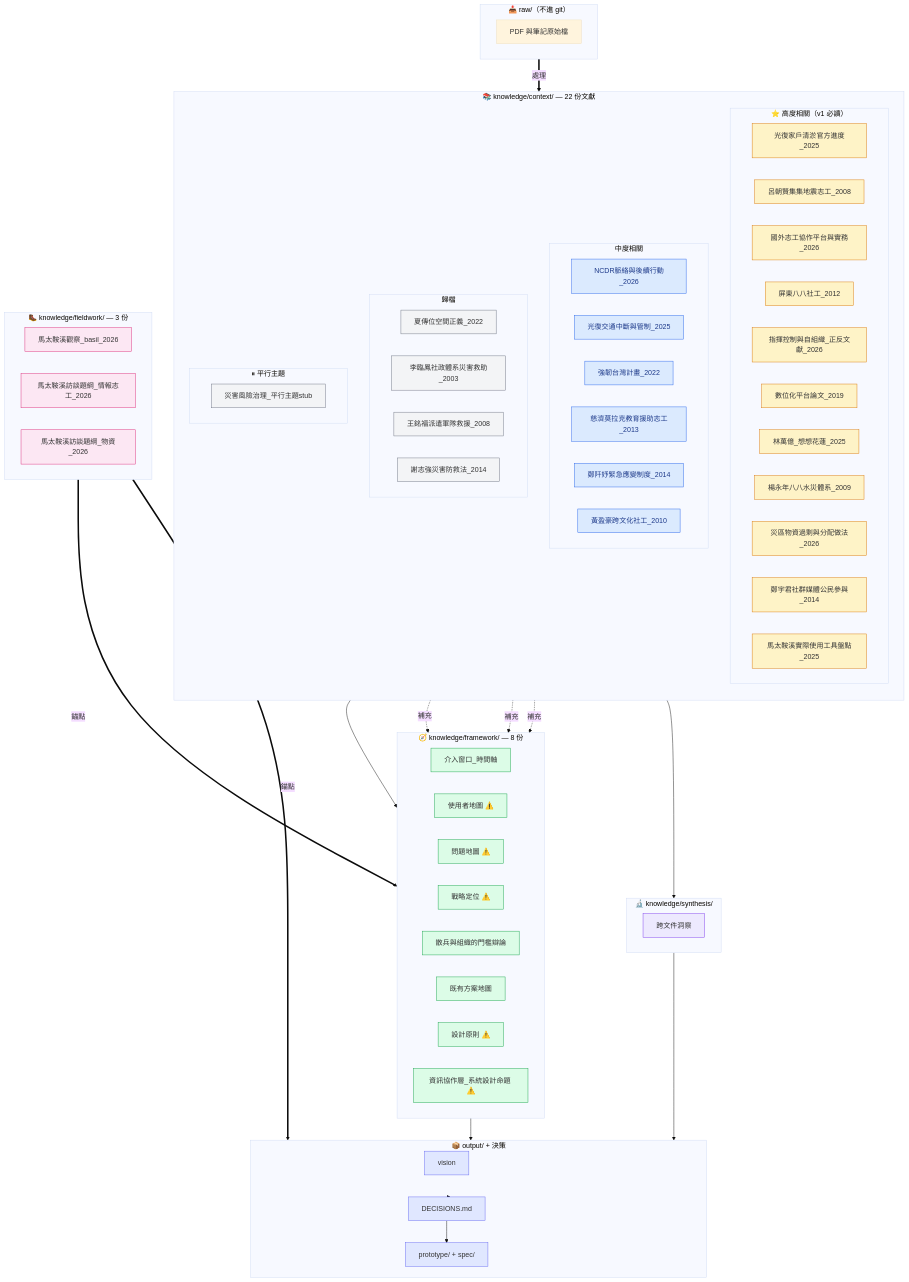
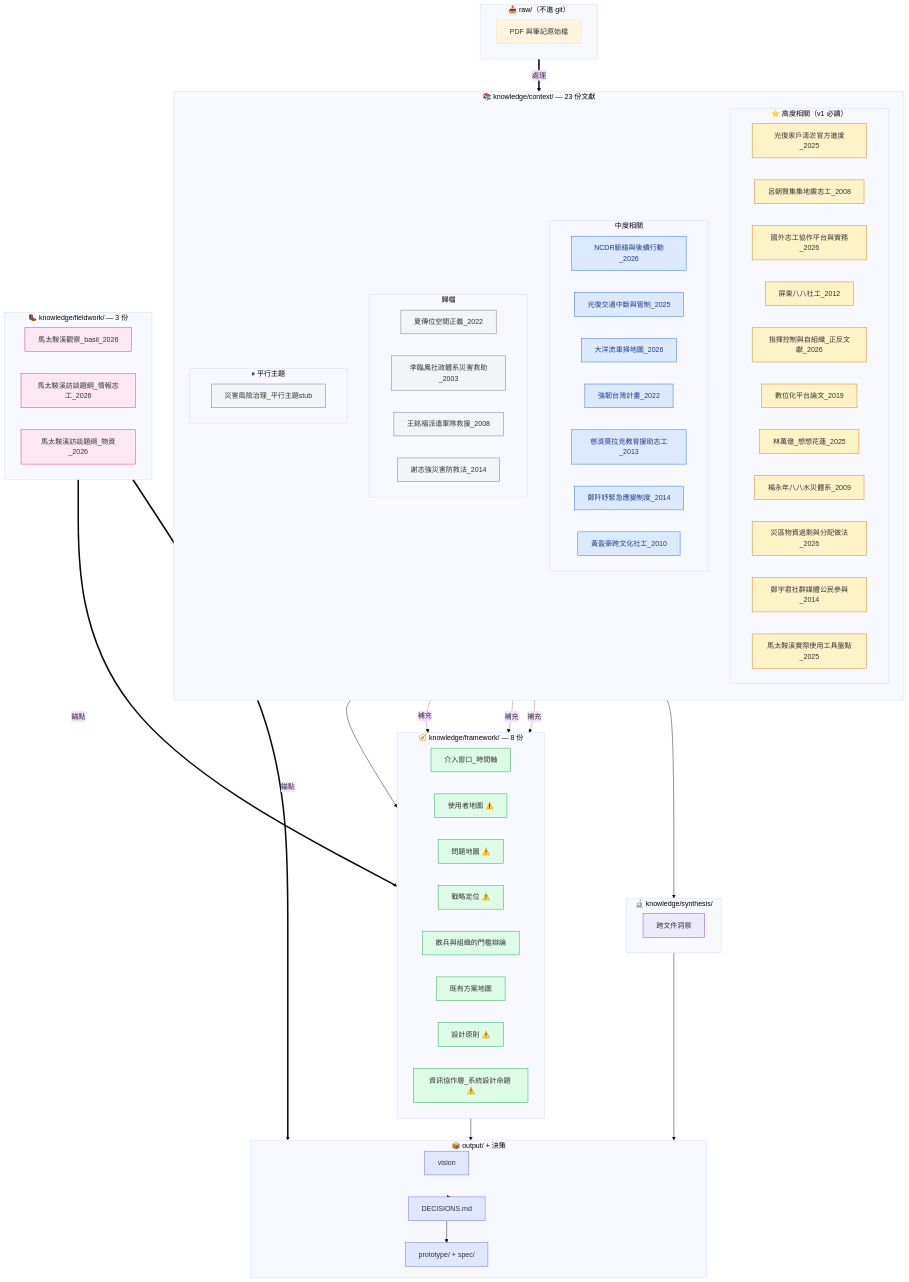
The third of 8 diagrams in ARCHITECTURE.md (BasilHsieh/resq-hub), drawn with Mermaid (base theme) before and after one commit. The commit also changed 7 other files, not shown here.

First line of the commit message:
知識庫｜大洋流車掃地圖拆解；光復 OSM 底圖的門牌與建物數字

````diff
--- a/ARCHITECTURE.md
+++ b/ARCHITECTURE.md
@@ -127,63 +127,64 @@
         RP["PDF 與筆記原始檔"]
     end
 
-    subgraph CTX["📚 knowledge/context/ — 22 份文獻"]
+    subgraph CTX["📚 knowledge/context/ — 23 份文獻"]
         direction TB
         subgraph HIGH["⭐ 高度相關（v1 必讀）"]
             N3["光復家戶清淤官方進度_2025"]
             N4["呂朝賢集集地震志工_2008"]
             N5["國外志工協作平台與實務_2026"]
-            N7["屏東八八社工_2012"]
-            N10["指揮控制與自組織_正反文獻_2026"]
-            N11["數位化平台論文_2019"]
-            N13["林萬億_想想花蓮_2025"]
-            N14["楊永年八八水災體系_2009"]
-            N15["災區物資過剩與分配做法_2026"]
-            N19["鄭宇君社群媒體公民參與_2014"]
-            N21["馬太鞍溪實際使用工具盤點_2025"]
+            N8["屏東八八社工_2012"]
+            N11["指揮控制與自組織_正反文獻_2026"]
+            N12["數位化平台論文_2019"]
+            N14["林萬億_想想花蓮_2025"]
+            N15["楊永年八八水災體系_2009"]
+            N16["災區物資過剩與分配做法_2026"]
+            N20["鄭宇君社群媒體公民參與_2014"]
+            N22["馬太鞍溪實際使用工具盤點_2025"]
         end
         subgraph MID["中度相關"]
             N1["NCDR脈絡與後續行動_2026"]
             N2["光復交通中斷與管制_2025"]
-            N8["強韌台灣計畫_2022"]
-            N9["慈濟莫拉克教育援助志工_2013"]
-            N20["鄭阡妤緊急應變制度_2014"]
-            N22["黃盈豪跨文化社工_2010"]
+            N7["大洋流車掃地圖_2026"]
+            N9["強韌台灣計畫_2022"]
+            N10["慈濟莫拉克教育援助志工_2013"]
+            N21["鄭阡妤緊急應變制度_2014"]
+            N23["黃盈豪跨文化社工_2010"]
         end
         subgraph LOW["歸檔"]
             N6["夏傳位空間正義_2022"]
-            N12["李臨鳳社政體系災害救助_2003"]
-            N17["王銘福派遣軍隊救援_2008"]
-            N18["謝志強災害防救法_2014"]
+            N13["李臨鳳社政體系災害救助_2003"]
+            N18["王銘福派遣軍隊救援_2008"]
+            N19["謝志強災害防救法_2014"]
         end
         subgraph PARK["⏸ 平行主題"]
-            N16["災害風險治理_平行主題stub"]
+            N17["災害風險治理_平行主題stub"]
         end
     end
 
     subgraph FW["🧭 knowledge/framework/ — 8 份"]
-        N26["介入窗口_時間軸"]
-        N27["使用者地圖 ⚠️"]
-        N28["問題地圖 ⚠️"]
-        N29["戰略定位 ⚠️"]
-        N30["散兵與組織的門檻辯論"]
-        N31["既有方案地圖"]
-        N32["設計原則 ⚠️"]
-        N33["資訊協作層_系統設計命題 ⚠️"]
+        N27["介入窗口_時間軸"]
+        N28["使用者地圖 ⚠️"]
+        N29["問題地圖 ⚠️"]
+        N30["戰略定位 ⚠️"]
+        N31["散兵與組織的門檻辯論"]
+        N32["既有方案地圖"]
+        N33["設計原則 ⚠️"]
+        N34["資訊協作層_系統設計命題 ⚠️"]
     end
 
     subgraph FLD["🥾 knowledge/fieldwork/ — 3 份"]
-        N23["馬太鞍溪觀察_basil_2026"]
-        N24["馬太鞍溪訪談題綱_情報志工_2026"]
-        N25["馬太鞍溪訪談題綱_物資_2026"]
+        N24["馬太鞍溪觀察_basil_2026"]
+        N25["馬太鞍溪訪談題綱_情報志工_2026"]
+        N26["馬太鞍溪訪談題綱_物資_2026"]
     end
 
     subgraph SYN["🔬 knowledge/synthesis/"]
-        N34["跨文件洞察"]
+        N35["跨文件洞察"]
     end
 
     subgraph OUT["📦 output/ + 決策"]
-        N39["vision"]
+        N40["vision"]
         PRD["prototype/ + spec/"]
         DEC["DECISIONS.md"]
     end
@@ -208,15 +209,15 @@
     classDef fld fill:#fce7f3,stroke:#db2777
     classDef syn fill:#ede9fe,stroke:#7c3aed
     classDef out fill:#e0e7ff,stroke:#6366f1
-    class N26,N27,N28,N29,N30,N31,N32,N33 fw
-    class N23,N24,N25 fld
-    class N34 syn
-    class N39 out
+    class N27,N28,N29,N30,N31,N32,N33,N34 fw
+    class N24,N25,N26 fld
+    class N35 syn
+    class N40 out
     class PRD,DEC out
-    class N3,N4,N5,N7,N10,N11,N13,N14,N15,N19,N21 high
-    class N1,N2,N8,N9,N20,N22 mid
-    class N6,N12,N17,N18 low
-    class N16 low
+    class N3,N4,N5,N8,N11,N12,N14,N15,N16,N20,N22 high
+    class N1,N2,N7,N9,N10,N21,N23 mid
+    class N6,N13,N18,N19 low
+    class N17 low
 
     click N1 "knowledge/context/NCDR脈絡與後續行動_2026.md" "開啟原檔"
     click N2 "knowledge/context/光復交通中斷與管制_2025.md" "開啟原檔"
@@ -224,38 +225,39 @@
     click N4 "knowledge/context/呂朝賢集集地震志工_2008.md" "開啟原檔"
     click N5 "knowledge/context/國外志工協作平台與實務_2026.md" "開啟原檔"
     click N6 "knowledge/context/夏傳位空間正義_2022.md" "開啟原檔"
-    click N7 "knowledge/context/屏東八八社工_2012.md" "開啟原檔"
-    click N8 "knowledge/context/強韌台灣計畫_2022.md" "開啟原檔"
-    click N9 "knowledge/context/慈濟莫拉克教育援助志工_2013.md" "開啟原檔"
-    click N10 "knowledge/context/指揮控制與自組織_正反文獻_2026.md" "開啟原檔"
-    click N11 "knowledge/context/數位化平台論文_2019.md" "開啟原檔"
-    click N12 "knowledge/context/李臨鳳社政體系災害救助_2003.md" "開啟原檔"
-    click N13 "knowledge/context/林萬億_想想花蓮_2025.md" "開啟原檔"
-    click N14 "knowledge/context/楊永年八八水災體系_2009.md" "開啟原檔"
-    click N15 "knowledge/context/災區物資過剩與分配做法_2026.md" "開啟原檔"
-    click N16 "knowledge/context/災害風險治理_平行主題stub.md" "開啟原檔"
-    click N17 "knowledge/context/王銘福派遣軍隊救援_2008.md" "開啟原檔"
-    click N18 "knowledge/context/謝志強災害防救法_2014.md" "開啟原檔"
-    click N19 "knowledge/context/鄭宇君社群媒體公民參與_2014.md" "開啟原檔"
-    click N20 "knowledge/context/鄭阡妤緊急應變制度_2014.md" "開啟原檔"
-    click N21 "knowledge/context/馬太鞍溪實際使用工具盤點_2025.md" "開啟原檔"
-    click N22 "knowledge/context/黃盈豪跨文化社工_2010.md" "開啟原檔"
-    click N23 "knowledge/fieldwork/馬太鞍溪觀察_basil_2026.md" "開啟原檔"
-    click N24 "knowledge/fieldwork/馬太鞍溪訪談題綱_情報志工_2026.md" "開啟原檔"
-    click N25 "knowledge/fieldwork/馬太鞍溪訪談題綱_物資_2026.md" "開啟原檔"
-    click N26 "knowledge/framework/介入窗口_時間軸.md" "開啟原檔"
-    click N27 "knowledge/framework/使用者地圖.md" "開啟原檔"
-    click N28 "knowledge/framework/問題地圖.md" "開啟原檔"
-    click N29 "knowledge/framework/戰略定位.md" "開啟原檔"
-    click N30 "knowledge/framework/散兵與組織的門檻辯論.md" "開啟原檔"
-    click N31 "knowledge/framework/既有方案地圖.md" "開啟原檔"
-    click N32 "knowledge/framework/設計原則.md" "開啟原檔"
-    click N33 "knowledge/framework/資訊協作層_系統設計命題.md" "開啟原檔"
-    click N34 "knowledge/synthesis/跨文件洞察.md" "開啟原檔"
-    click N35 "knowledge/文獻處理進度.md" "開啟原檔"
-    click N36 "output/spec/角色輪廓.md" "開啟原檔"
-    click N37 "output/spec/設計系統.md" "開啟原檔"
-    click N38 "output/spec/資料模型與狀態機.md" "開啟原檔"
-    click N39 "output/vision.md" "開啟原檔"
+    click N7 "knowledge/context/大洋流車掃地圖_2026.md" "開啟原檔"
+    click N8 "knowledge/context/屏東八八社工_2012.md" "開啟原檔"
+    click N9 "knowledge/context/強韌台灣計畫_2022.md" "開啟原檔"
+    click N10 "knowledge/context/慈濟莫拉克教育援助志工_2013.md" "開啟原檔"
+    click N11 "knowledge/context/指揮控制與自組織_正反文獻_2026.md" "開啟原檔"
+    click N12 "knowledge/context/數位化平台論文_2019.md" "開啟原檔"
+    click N13 "knowledge/context/李臨鳳社政體系災害救助_2003.md" "開啟原檔"
+    click N14 "knowledge/context/林萬億_想想花蓮_2025.md" "開啟原檔"
+    click N15 "knowledge/context/楊永年八八水災體系_2009.md" "開啟原檔"
+    click N16 "knowledge/context/災區物資過剩與分配做法_2026.md" "開啟原檔"
+    click N17 "knowledge/context/災害風險治理_平行主題stub.md" "開啟原檔"
+    click N18 "knowledge/context/王銘福派遣軍隊救援_2008.md" "開啟原檔"
+    click N19 "knowledge/context/謝志強災害防救法_2014.md" "開啟原檔"
+    click N20 "knowledge/context/鄭宇君社群媒體公民參與_2014.md" "開啟原檔"
+    click N21 "knowledge/context/鄭阡妤緊急應變制度_2014.md" "開啟原檔"
+    click N22 "knowledge/context/馬太鞍溪實際使用工具盤點_2025.md" "開啟原檔"
+    click N23 "knowledge/context/黃盈豪跨文化社工_2010.md" "開啟原檔"
+    click N24 "knowledge/fieldwork/馬太鞍溪觀察_basil_2026.md" "開啟原檔"
+    click N25 "knowledge/fieldwork/馬太鞍溪訪談題綱_情報志工_2026.md" "開啟原檔"
+    click N26 "knowledge/fieldwork/馬太鞍溪訪談題綱_物資_2026.md" "開啟原檔"
+    click N27 "knowledge/framework/介入窗口_時間軸.md" "開啟原檔"
+    click N28 "knowledge/framework/使用者地圖.md" "開啟原檔"
+    click N29 "knowledge/framework/問題地圖.md" "開啟原檔"
+    click N30 "knowledge/framework/戰略定位.md" "開啟原檔"
+    click N31 "knowledge/framework/散兵與組織的門檻辯論.md" "開啟原檔"
+    click N32 "knowledge/framework/既有方案地圖.md" "開啟原檔"
+    click N33 "knowledge/framework/設計原則.md" "開啟原檔"
+    click N34 "knowledge/framework/資訊協作層_系統設計命題.md" "開啟原檔"
+    click N35 "knowledge/synthesis/跨文件洞察.md" "開啟原檔"
+    click N36 "knowledge/文獻處理進度.md" "開啟原檔"
+    click N37 "output/spec/角色輪廓.md" "開啟原檔"
+    click N38 "output/spec/設計系統.md" "開啟原檔"
+    click N39 "output/spec/資料模型與狀態機.md" "開啟原檔"
+    click N40 "output/vision.md" "開啟原檔"
     click DEC "DECISIONS.md" "開啟原檔"
 ```
````
